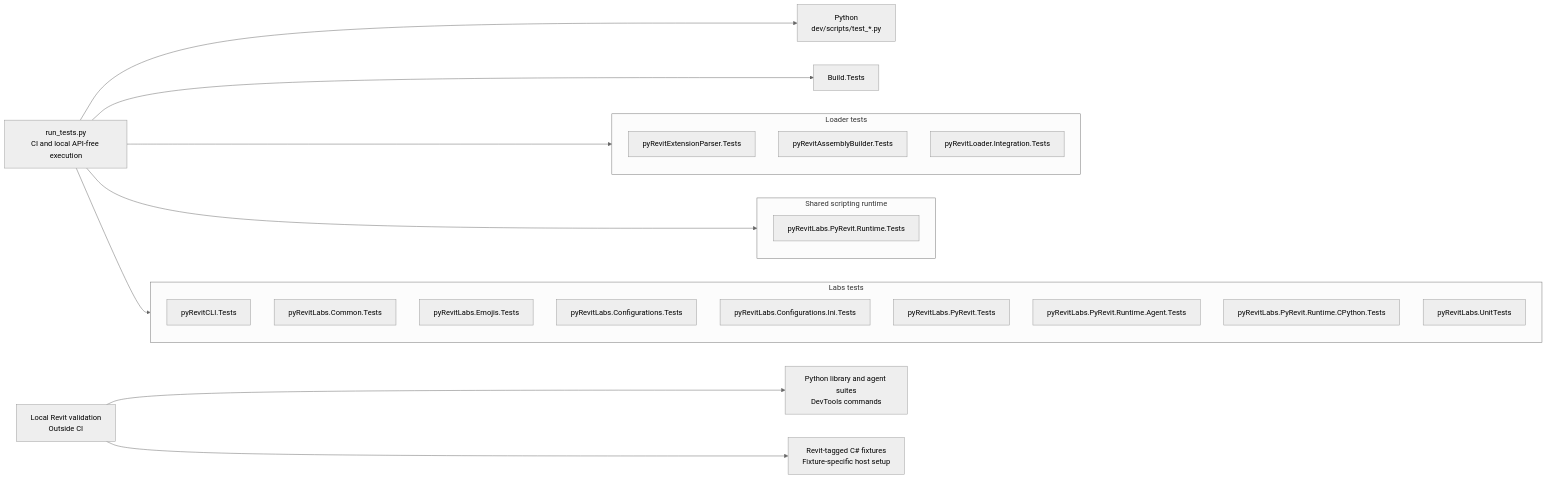
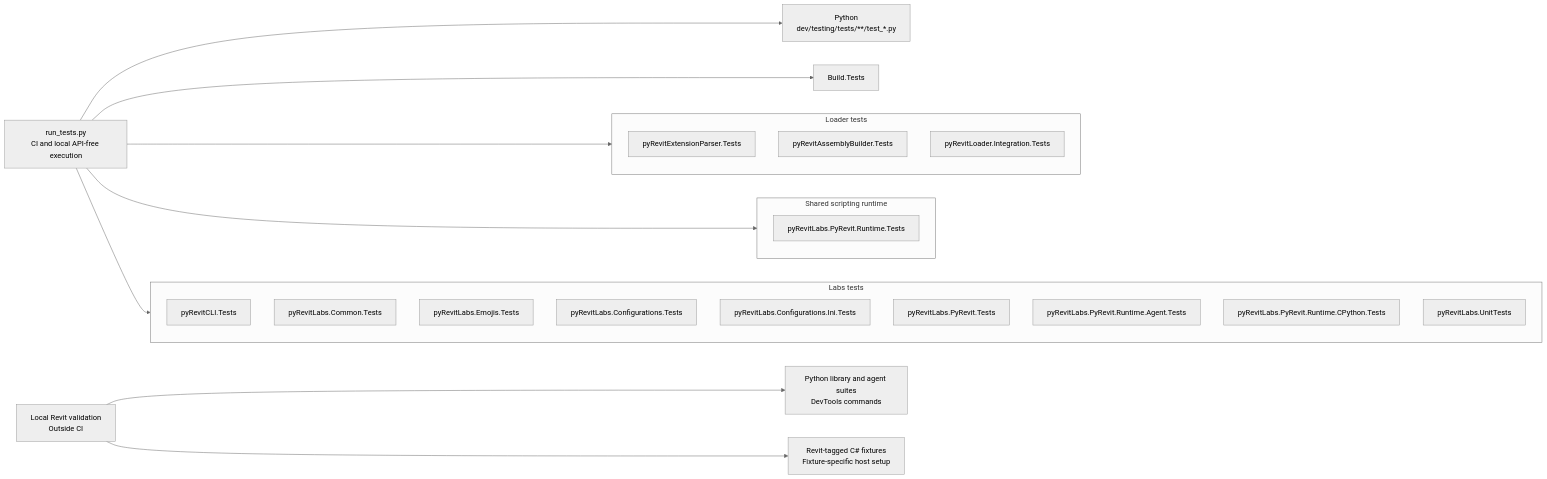
Before and after one commit to pyrevitlabs/pyRevit: the diagram in docs/testing.md, drawn with Mermaid (neutral theme). The commit also changed other lines of this file and 75 other files, not shown here.

Commit message:
refactor(testing): give test tooling explicit homes

````diff
--- a/docs/testing.md
+++ b/docs/testing.md
@@ -21,33 +21,33 @@
 ```mermaid
 flowchart LR
-    Runner["run_tests.py<br/>CI and local API-free execution"] --> Python["Python<br/>dev/scripts/test_*.py"]
+    Runner["run_tests.py<br/>CI and local API-free execution"] --> Python["Python<br/>dev/testing/tests/**/test_*.py"]
     Runner --> Loader
     Runner --> Runtime
     Runner --> Labs
     Runner --> Build["Build.Tests"]
 
     subgraph Loader["Loader tests"]
         Parser["pyRevitExtensionParser.Tests"]
         Builder["pyRevitAssemblyBuilder.Tests"]
         Integration["pyRevitLoader.Integration.Tests"]
     end
 
     subgraph Runtime["Shared scripting runtime"]
         SharedRuntime["pyRevitLabs.PyRevit.Runtime.Tests"]
     end
 
     subgraph Labs["Labs tests"]
         CLI["pyRevitCLI.Tests"]
         Common["pyRevitLabs.Common.Tests"]
         Emojis["pyRevitLabs.Emojis.Tests"]
         Config["pyRevitLabs.Configurations.Tests"]
         INI["pyRevitLabs.Configurations.Ini.Tests"]
         Facade["pyRevitLabs.PyRevit.Tests"]
         Agent["pyRevitLabs.PyRevit.Runtime.Agent.Tests"]
         CPython["pyRevitLabs.PyRevit.Runtime.CPython.Tests"]
         Legacy["pyRevitLabs.UnitTests"]
     end
 
     Local["Local Revit validation<br/>Outside CI"] --> Hosted["Python library and agent suites<br/>DevTools commands"]
     Local --> Fixtures["Revit-tagged C# fixtures<br/>Fixture-specific host setup"]
 ```
````
